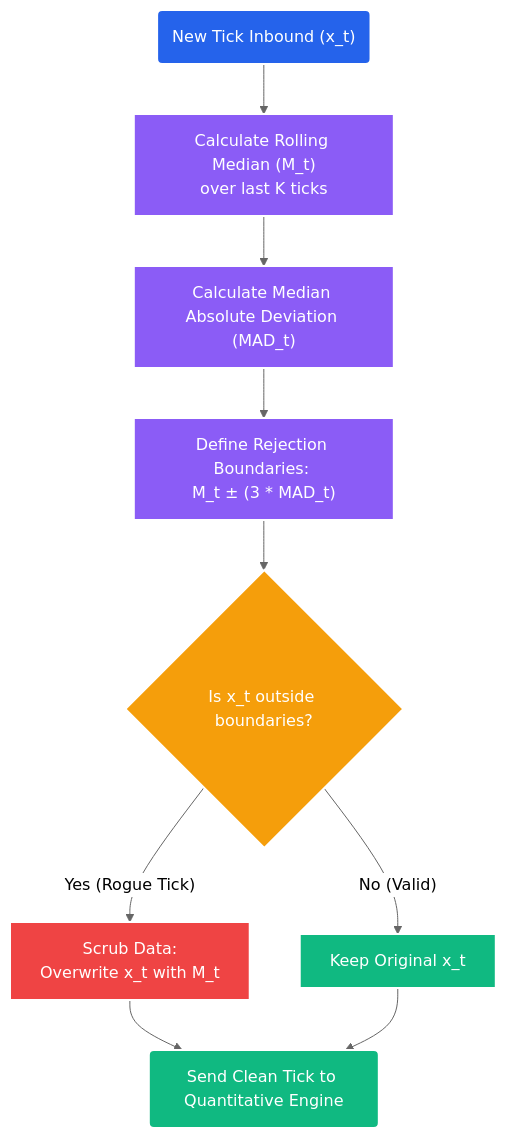
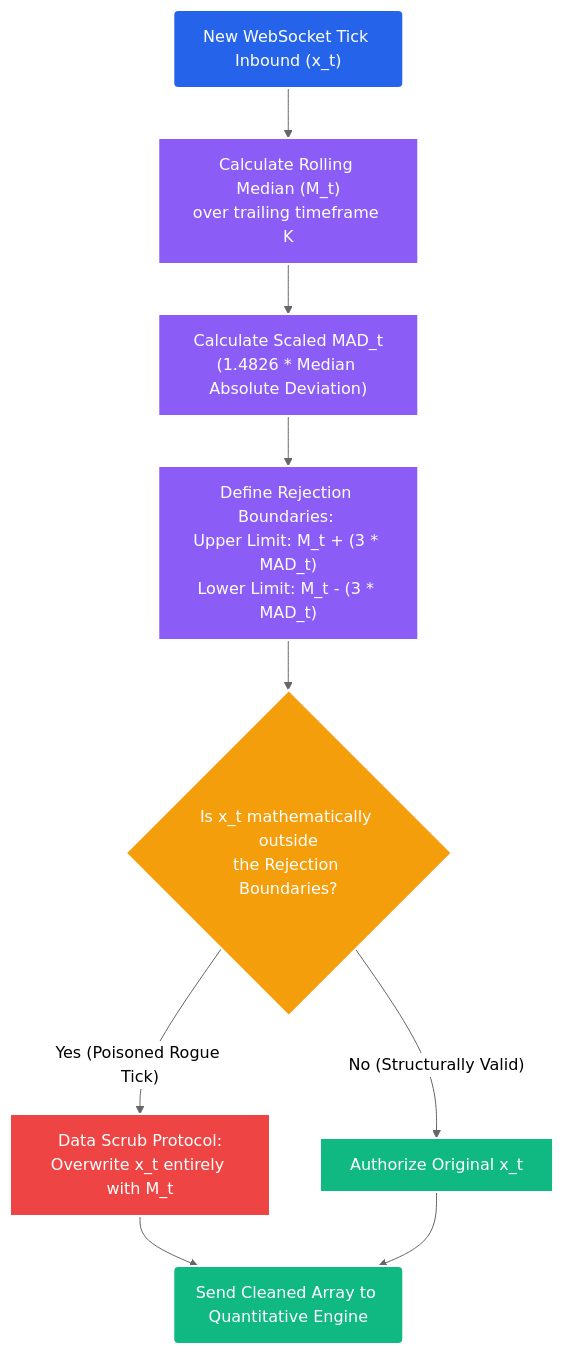
Before and after one commit to racoya/stockstats: the diagram in docs/models/14_data_scrubbing_hampel.md, drawn with Mermaid (neutral theme). The commit also changed other lines of this file, not shown here.

First line of the commit message:
docs(math): expand hampel filter data scrubbing documentation

````diff
--- a/docs/models/14_data_scrubbing_hampel.md
+++ b/docs/models/14_data_scrubbing_hampel.md
@@ -35,25 +40,25 @@
 ```mermaid
 graph TD
     classDef stream fill:#2563eb,stroke:#fff,stroke-width:2px,color:#fff;
     classDef calc fill:#8b5cf6,stroke:#fff,stroke-width:2px,color:#fff;
     classDef check fill:#f59e0b,stroke:#fff,stroke-width:2px,color:#fff;
     classDef clean fill:#10b981,stroke:#fff,stroke-width:2px,color:#fff;
     classDef dirty fill:#ef4444,stroke:#fff,stroke-width:2px,color:#fff;
 
-    Tick("New Tick Inbound (x_t)"):::stream
+    Tick("New WebSocket Tick Inbound (x_t)"):::stream
     
-    Median["Calculate Rolling Median (M_t)\nover last K ticks"]:::calc
-    MAD["Calculate Median Absolute Deviation (MAD_t)"]:::calc
+    Median["Calculate Rolling Median (M_t)\nover trailing timeframe K"]:::calc
+    MAD["Calculate Scaled MAD_t\n(1.4826 * Median Absolute Deviation)"]:::calc
     
-    Threshold["Define Rejection Boundaries: \nM_t ± (3 * MAD_t)"]:::calc
+    Threshold["Define Rejection Boundaries: \nUpper Limit: M_t + (3 * MAD_t)\nLower Limit: M_t - (3 * MAD_t)"]:::calc
 
-    Eval{"Is x_t outside boundaries?"}:::check
+    Eval{"Is x_t mathematically outside\nthe Rejection Boundaries?"}:::check
     
     Tick --> Median --> MAD --> Threshold --> Eval
     
-    Eval -- "Yes (Rogue Tick)" --> Scrub["Scrub Data:\nOverwrite x_t with M_t"]:::dirty
-    Eval -- "No (Valid)" --> Pass["Keep Original x_t"]:::clean
+    Eval -- "Yes (Poisoned Rogue Tick)" --> Scrub["Data Scrub Protocol:\nOverwrite x_t entirely with M_t"]:::dirty
+    Eval -- "No (Structurally Valid)" --> Pass["Authorize Original x_t"]:::clean
     
-    Scrub --> Out("Send Clean Tick to Quantitative Engine"):::clean
+    Scrub --> Out("Send Cleaned Array to Quantitative Engine"):::clean
     Pass --> Out
 ```
````
